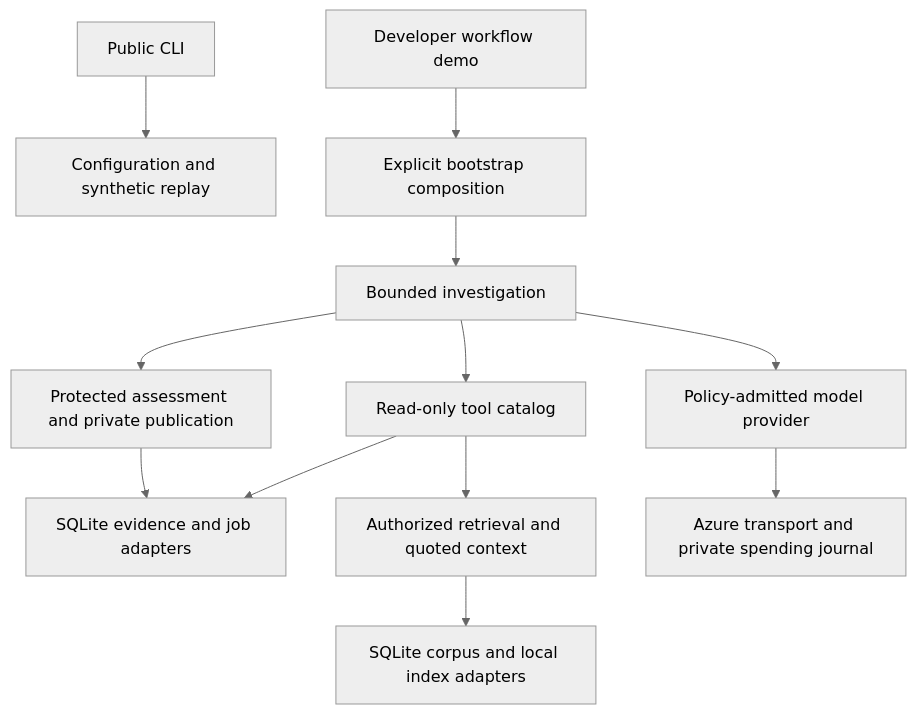
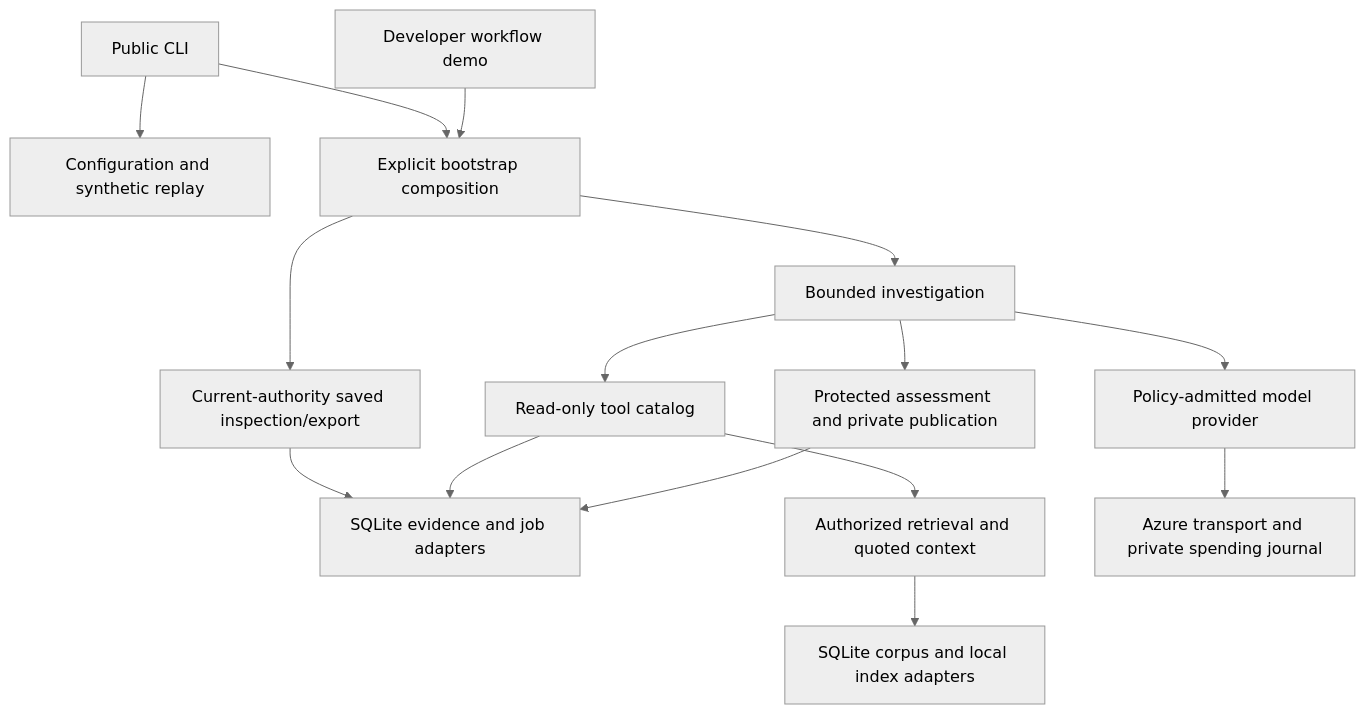
Before and after one commit to krispykrits/TRACE: the diagram in docs/architecture/README.md, drawn with Mermaid (neutral theme). The commit also changed other lines of this file and 30 other files, not shown here.

Commit message:
Expose scoped investigation CLI and protected saved reports

```diff
--- a/docs/architecture/README.md
+++ b/docs/architecture/README.md
@@ -7,14 +7,17 @@
 ~~~mermaid
 flowchart TD
     CLI["Public CLI"] --> Demo["Configuration and synthetic replay"]
-    Script["Developer workflow demo"] --> Composition["Explicit bootstrap composition"]
+    CLI --> Composition["Explicit bootstrap composition"]
+    Script["Developer workflow demo"] --> Composition
+    Composition --> Saved["Current-authority saved inspection/export"]
+    Saved --> Evidence
     Composition --> Investigation["Bounded investigation"]
     Investigation --> Tools["Read-only tool catalog"]
     Tools --> Evidence["SQLite evidence and job adapters"]
     Tools --> Knowledge["Authorized retrieval and quoted context"]
     Knowledge --> Corpus["SQLite corpus and local index adapters"]
     Investigation --> Policy["Policy-admitted model provider"]
     Policy --> Azure["Azure transport and private spending journal"]
     Investigation --> Publication["Protected assessment and private publication"]
     Publication --> Evidence
 ~~~
```
